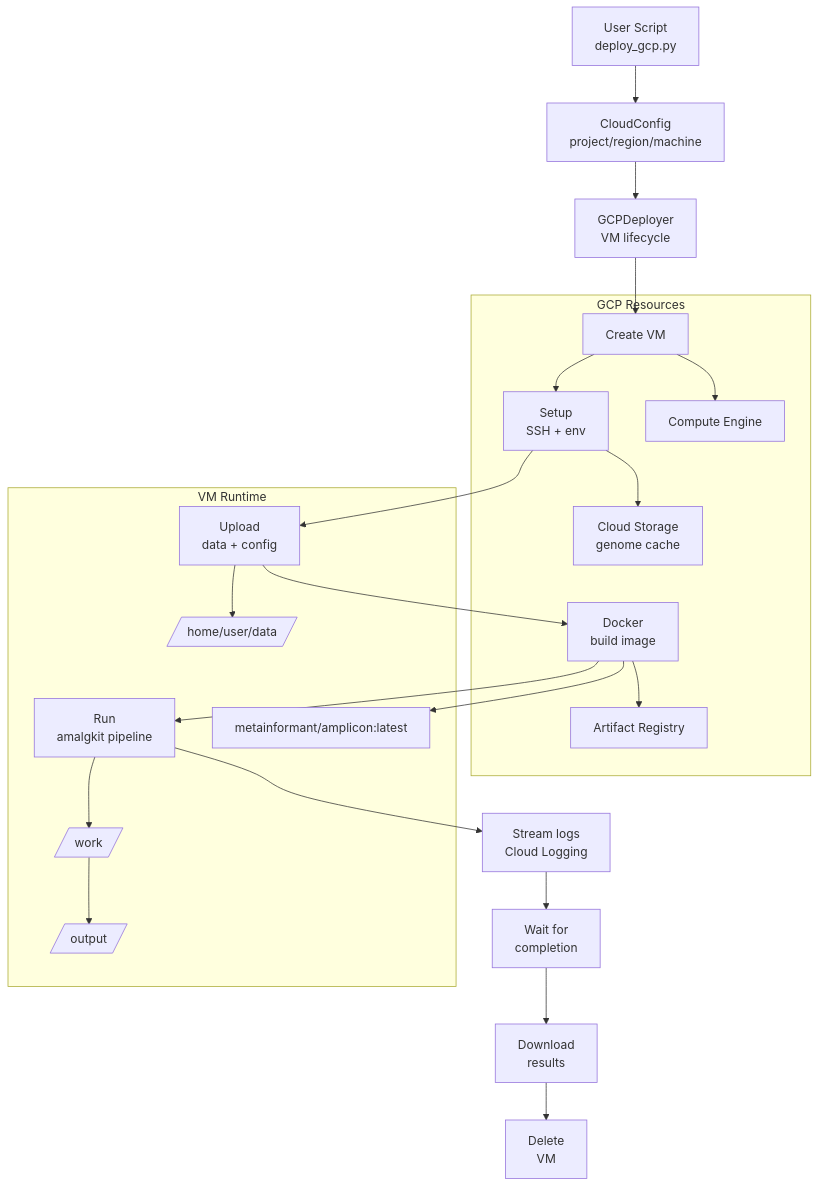
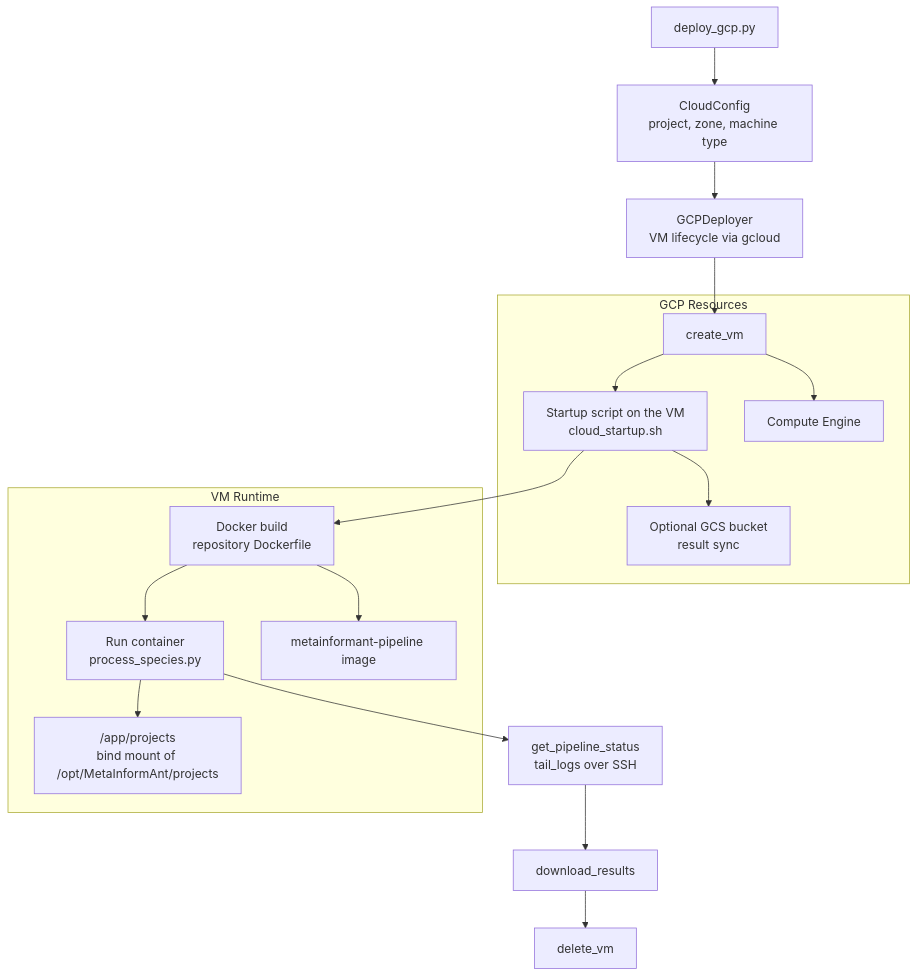
Before and after one commit to docxology/MetaInformAnt: the diagram in docs/cloud/index.md, drawn with Mermaid. The commit also changed other lines of this file and 7 other files, not shown here.

````diff
--- a/docs/cloud/index.md
+++ b/docs/cloud/index.md
@@ -31,28 +30,23 @@
 ```mermaid
 flowchart TB
-    User[User Script<br/>deploy_gcp.py] --> Config[CloudConfig<br/>project/region/machine]
-    Config --> Deployer[GCPDeployer<br/>VM lifecycle]
-    
-    Deployer --> Create[Create VM]
-    Create --> Setup[Setup<br/>SSH + env]
-    Setup --> Upload[Upload<br/>data + config]
-    Upload --> DockerBuild[Docker<br/>build image]
-    DockerBuild --> Run[Run<br/>amalgkit pipeline]
-    Run --> Monitor[Stream logs<br/>Cloud Logging]
-    Monitor --> Wait[Wait for<br/>completion]
-    Wait --> Download[Download<br/>results]
-    Download --> Teardown[Delete<br/>VM]
-    
+    User[deploy_gcp.py] --> Config[CloudConfig<br/>project, zone, machine type]
+    Config --> Deployer[GCPDeployer<br/>VM lifecycle via gcloud]
+
+    Deployer --> Create[create_vm]
+    Create --> Startup[Startup script on the VM<br/>cloud_startup.sh]
+    Startup --> DockerBuild[Docker build<br/>repository Dockerfile]
+    DockerBuild --> Run[Run container<br/>process_species.py]
+    Run --> Monitor[get_pipeline_status<br/>tail_logs over SSH]
+    Monitor --> Download[download_results]
+    Download --> Teardown[delete_vm]
+
     subgraph "GCP Resources"
         Create --> Compute[Compute Engine]
-        Setup --> Storage[Cloud Storage<br/>genome cache]
-        DockerBuild --> Registry[Artifact Registry]
+        Startup --> Storage[Optional GCS bucket<br/>result sync]
     end
-    
+
     subgraph "VM Runtime"
-        Upload --> Data[/home/user/data/]
-        DockerBuild --> Img[metainformant/amplicon:latest]
-        Run --> Workdir[/work/]
-        Workdir --> Output[/output/]
+        DockerBuild --> Img[metainformant-pipeline image]
+        Run --> Projects["/app/projects<br/>bind mount of /opt/MetaInformAnt/projects"]
     end
 ```
````
